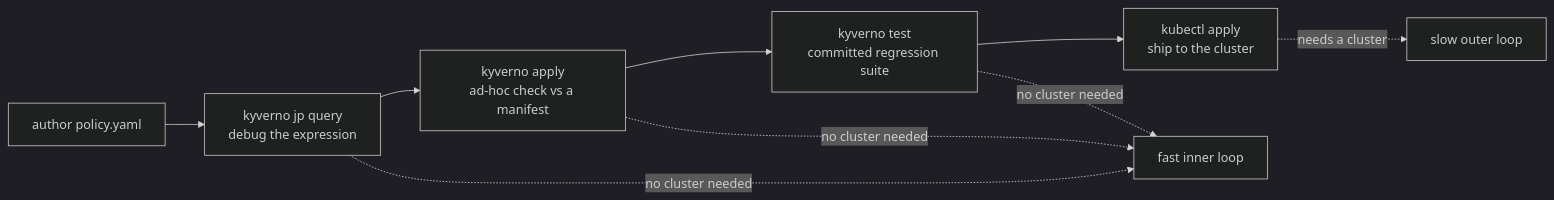
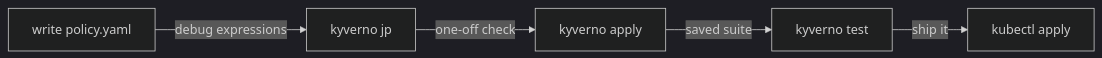
Before and after one commit to astrona-io/ATS007: the diagram in sections/section-020/module-03/course.md, drawn with Mermaid (dark theme). The commit also changed other lines of this file and 150 other files, not shown here.

````diff
--- a/sections/section-020/module-03/course.md
+++ b/sections/section-020/module-03/course.md
@@ -12,11 +7,7 @@
 ```mermaid
 flowchart LR
-    A["author policy.yaml"] --> B["kyverno jp query<br/>debug the expression"]
-    B --> C["kyverno apply<br/>ad-hoc check vs a manifest"]
-    C --> D["kyverno test<br/>committed regression suite"]
-    D --> E["kubectl apply<br/>ship to the cluster"]
-    B -.->|no cluster needed| F["fast inner loop"]
-    C -.->|no cluster needed| F
-    D -.->|no cluster needed| F
-    E -.->|needs a cluster| G["slow outer loop"]
+    W["write policy.yaml"] -->|"debug expressions"| J["kyverno jp"]
+    J -->|"one-off check"| A["kyverno apply"]
+    A -->|"saved suite"| T["kyverno test"]
+    T -->|"ship it"| K["kubectl apply"]
 ```
````
